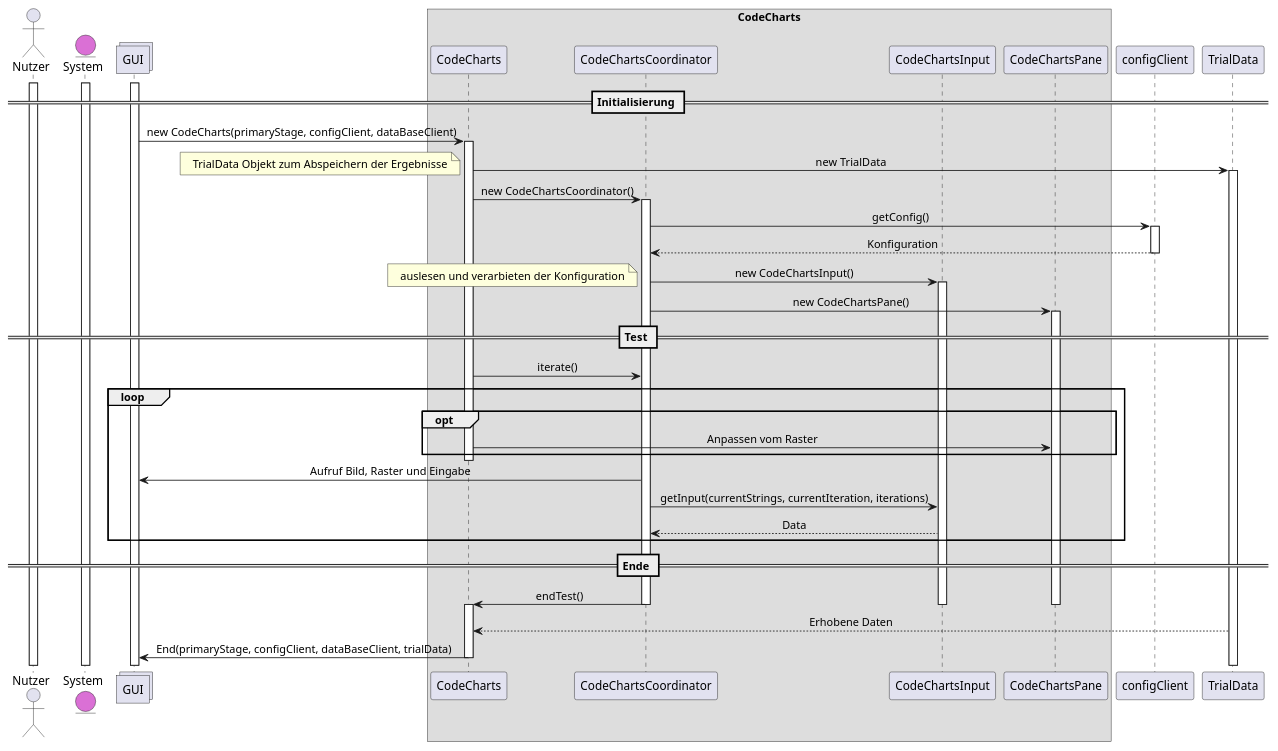
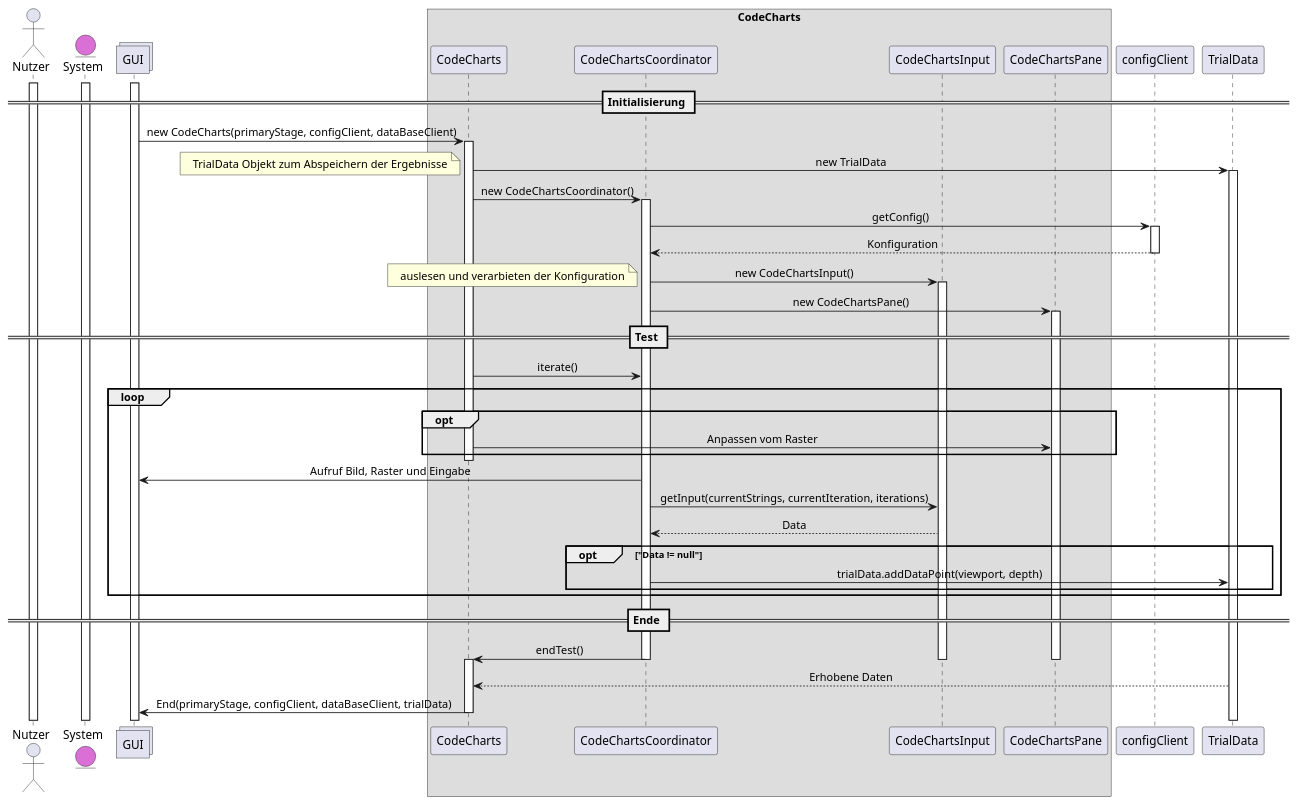
One commit to weichware-10/dokumente changed the diagram in uml-sequence/codecharts/sequenz-codecharts.puml. Above: the diagram before and after it, drawn with PlantUML.

```diff
--- a/uml-sequence/codecharts/sequenz-codecharts.puml
+++ b/uml-sequence/codecharts/sequenz-codecharts.puml
@@ -1,64 +1,67 @@
 @startuml codecharts
 skinparam defaultTextAlignment center
 
 actor       Nutzer          as n
 entity      System          as s    #DA70D5
 collections GUI             as g
 
 box CodeCharts
 
 participant CodeCharts              as cc
 participant CodeChartsCoordinator   as co
 participant CodeChartsInput         as ci
 participant CodeChartsPane          as cp
 end box
 
 participant configClient            as c
 participant TrialData               as td
 
 activate n
 activate s
 activate g
 
 == Initialisierung ==
 g -> cc : new CodeCharts(primaryStage, configClient, dataBaseClient)
 activate cc
 cc -> td : new TrialData
 activate td
 note left: TrialData Objekt zum Abspeichern der Ergebnisse
 cc -> co : new CodeChartsCoordinator()
 activate co
 co -> c : getConfig()
 activate c
 c --> co : Konfiguration
 deactivate c
 co -> ci : new CodeChartsInput()
 activate ci
 note left : auslesen und verarbieten der Konfiguration
 co -> cp : new CodeChartsPane()
 activate cp
 
 == Test ==
 cc -> co : iterate()
 loop
     opt
         cc -> cp : Anpassen vom Raster
     end
     deactivate cc
     activate co
     co -> g : Aufruf Bild, Raster und Eingabe
     co -> ci : getInput(currentStrings, currentIteration, iterations)
     ci --> co : Data
+    opt "Data != null"
+        co -> td : trialData.addDataPoint(viewport, depth)
+    end
 end
 
 == Ende == 
 co -> cc : endTest()
 deactivate co
 deactivate cp
 deactivate ci
 activate cc
 td --> cc : Erhobene Daten
 cc -> g : End(primaryStage, configClient, dataBaseClient, trialData)
 deactivate cc
 
 @enduml
```
